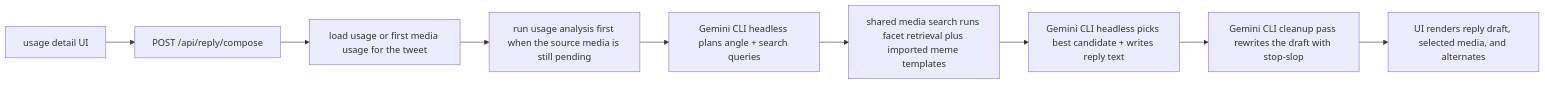
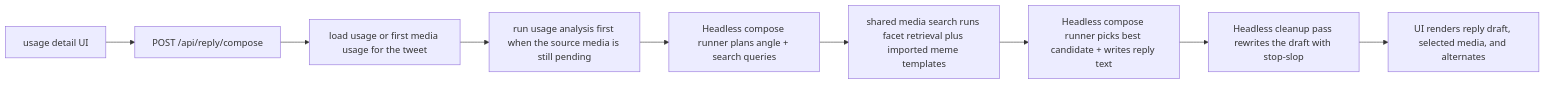
The tenth of 14 diagrams in agent_docs/20-runtime-flows.md (nicholaslocascio/x-claw-studio), drawn with Mermaid before and after one commit. The commit also changed other lines of this file and 318 other files, not shown here.

````diff
--- a/agent_docs/20-runtime-flows.md
+++ b/agent_docs/20-runtime-flows.md
@@ -241,11 +299,11 @@
 ```mermaid
 flowchart LR
   A["usage detail UI"] --> B["POST /api/reply/compose"]
   B --> C["load usage or first media usage for the tweet"]
   C --> D["run usage analysis first when the source media is still pending"]
-  D --> E["Gemini CLI headless plans angle + search queries"]
+  D --> E["Headless compose runner plans angle + search queries"]
   E --> F["shared media search runs facet retrieval plus imported meme templates"]
-  F --> G["Gemini CLI headless picks best candidate + writes reply text"]
-  G --> H["Gemini CLI cleanup pass rewrites the draft with stop-slop"]
+  F --> G["Headless compose runner picks best candidate + writes reply text"]
+  G --> H["Headless cleanup pass rewrites the draft with stop-slop"]
   H --> I["UI renders reply draft, selected media, and alternates"]
 ```
````
